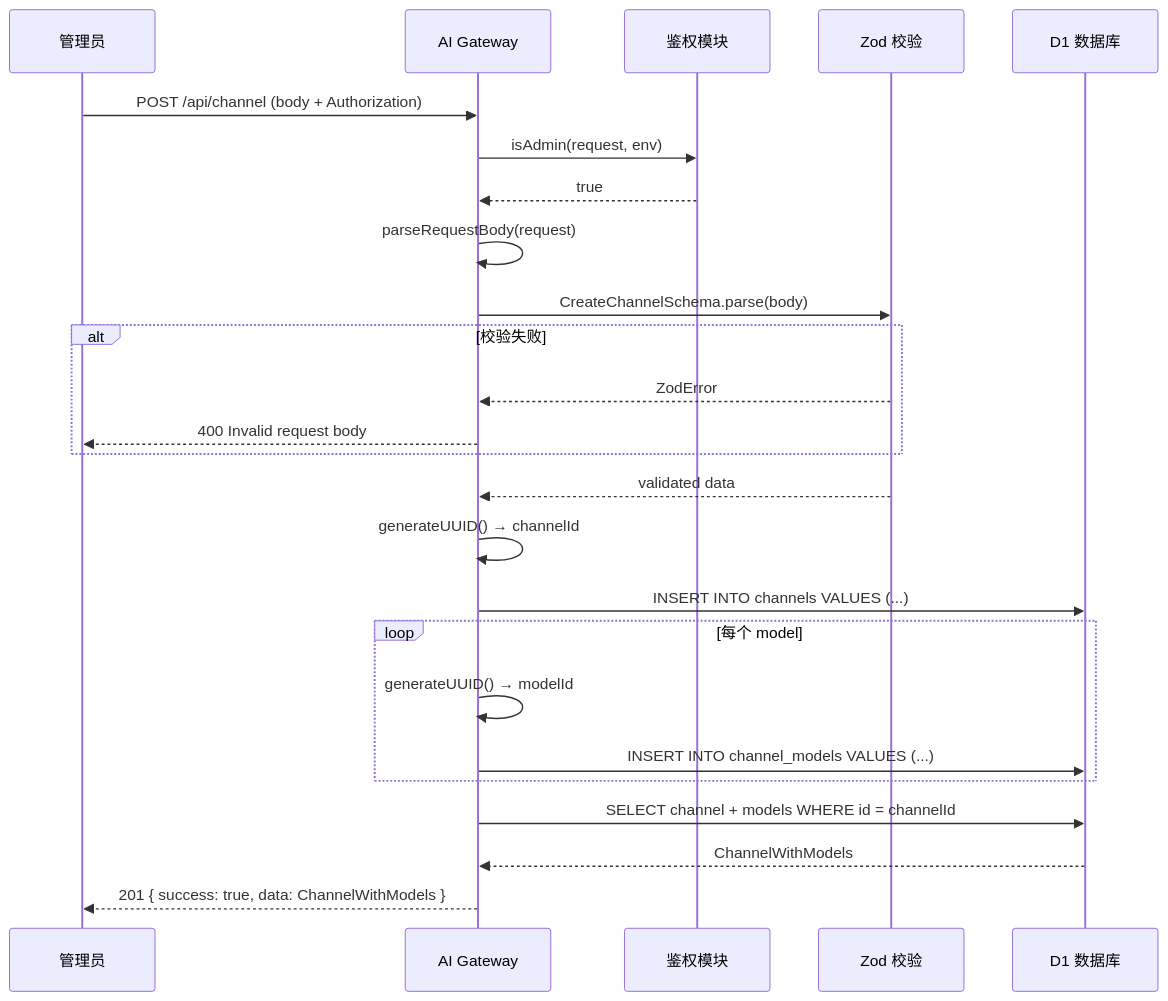
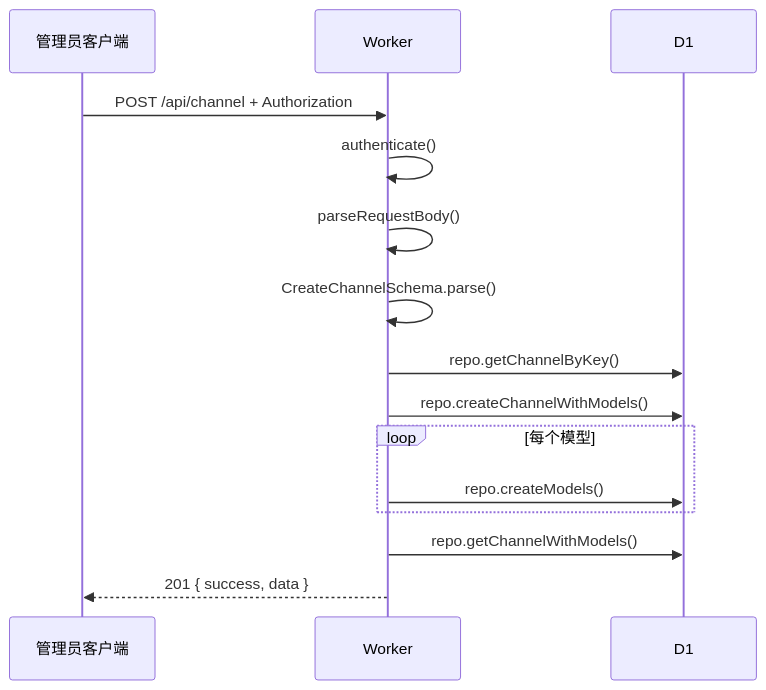
One commit to excing/open-ai-gateway changed the third of 5 diagrams in DEVELOPMENT.md. Above: the diagram before and after it, drawn with Mermaid. The commit also changed other lines of this file and 11 other files, not shown here.

````diff
--- a/DEVELOPMENT.md
+++ b/DEVELOPMENT.md
@@ -2091,28 +86,18 @@
 ```mermaid
 sequenceDiagram
-    participant A as 管理员
-    participant GW as AI Gateway
-    participant Auth as 鉴权模块
-    participant V as Zod 校验
-    participant DB as D1 数据库
+    participant C as 管理员客户端
+    participant W as Worker
+    participant DB as D1
 
-    A->>GW: POST /api/channel (body + Authorization)
-    GW->>Auth: isAdmin(request, env)
-    Auth-->>GW: true
-    GW->>GW: parseRequestBody(request)
-    GW->>V: CreateChannelSchema.parse(body)
-    alt 校验失败
-        V-->>GW: ZodError
-        GW-->>A: 400 Invalid request body
+    C->>W: POST /api/channel + Authorization
+    W->>W: authenticate()
+    W->>W: parseRequestBody()
+    W->>W: CreateChannelSchema.parse()
+    W->>DB: repo.getChannelByKey()
+    W->>DB: repo.createChannelWithModels()
+    loop 每个模型
+        W->>DB: repo.createModels()
     end
-    V-->>GW: validated data
-    GW->>GW: generateUUID() → channelId
-    GW->>DB: INSERT INTO channels VALUES (...)
-    loop 每个 model
-        GW->>GW: generateUUID() → modelId
-        GW->>DB: INSERT INTO channel_models VALUES (...)
-    end
-    GW->>DB: SELECT channel + models WHERE id = channelId
-    DB-->>GW: ChannelWithModels
-    GW-->>A: 201 { success: true, data: ChannelWithModels }
+    W->>DB: repo.getChannelWithModels()
+    W-->>C: 201 { success, data }
 ```
````
